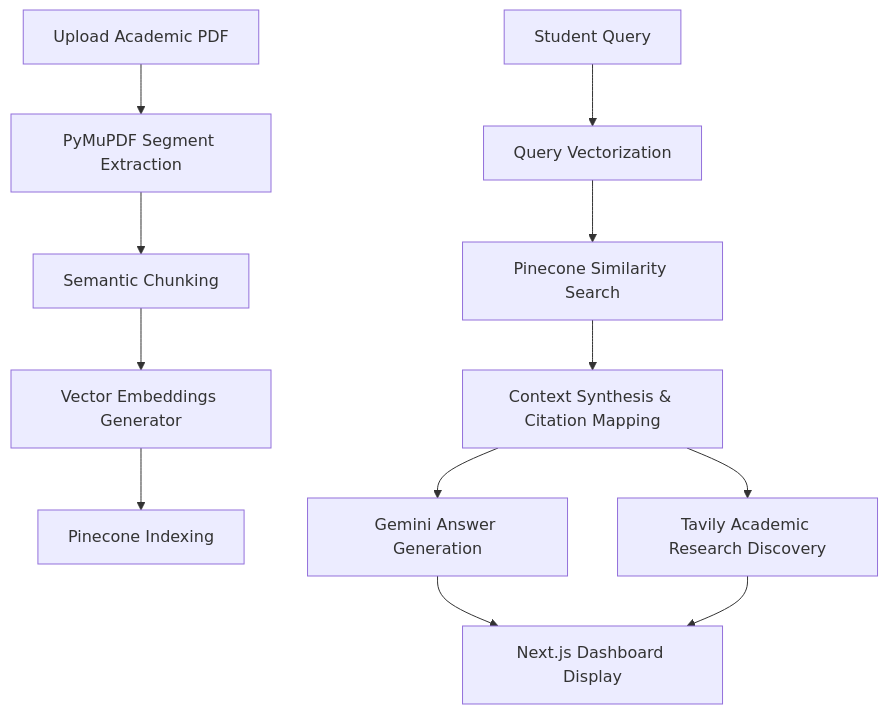
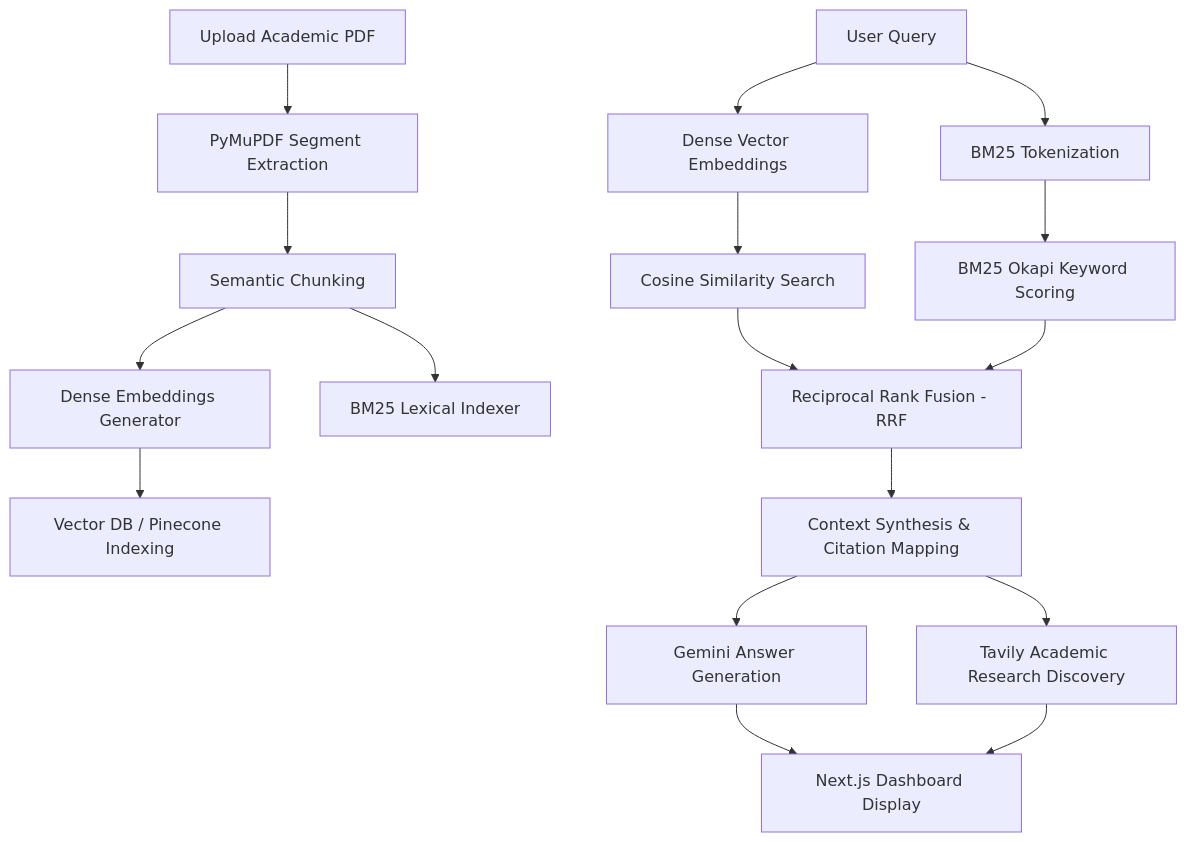
The diagram in README.md (yusrarahmath2/MAJOR-PROJECT), drawn with Mermaid before and after one commit. The commit also changed other lines of this file and 8 other files, not shown here.

````diff
--- a/README.md
+++ b/README.md
@@ -35,17 +51,22 @@
 ```mermaid
 graph TD
     A[Upload Academic PDF] --> B[PyMuPDF Segment Extraction]
     B --> C[Semantic Chunking]
-    C --> D[Vector Embeddings Generator]
-    D --> E[Pinecone Indexing]
+    C --> D[Dense Embeddings Generator]
+    C --> E[BM25 Lexical Indexer]
+    D --> F[Vector DB / Pinecone Indexing]
     
-    F[Student Query] --> G[Query Vectorization]
-    G --> H[Pinecone Similarity Search]
-    H --> I[Context Synthesis & Citation Mapping]
+    G[User Query] --> H1[Dense Vector Embeddings]
+    G --> H2[BM25 Tokenization]
+    H1 --> I1[Cosine Similarity Search]
+    H2 --> I2[BM25 Okapi Keyword Scoring]
     
-    I --> J[Tavily Academic Research Discovery]
-    I --> K[Gemini Answer Generation]
+    I1 & I2 --> J[Reciprocal Rank Fusion - RRF]
+    J --> K[Context Synthesis & Citation Mapping]
     
-    K --> L[Next.js Dashboard Display]
-    J --> L
+    K --> L[Tavily Academic Research Discovery]
+    K --> M[Gemini Answer Generation]
+    
+    M --> N[Next.js Dashboard Display]
+    L --> N
 ```
````
